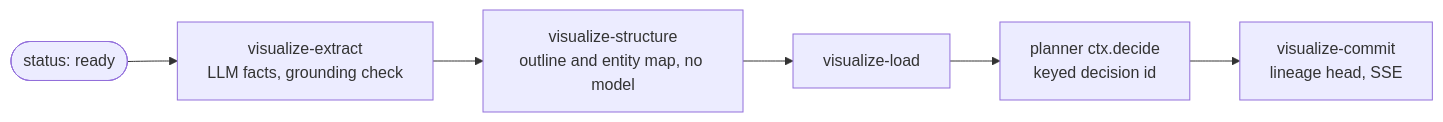
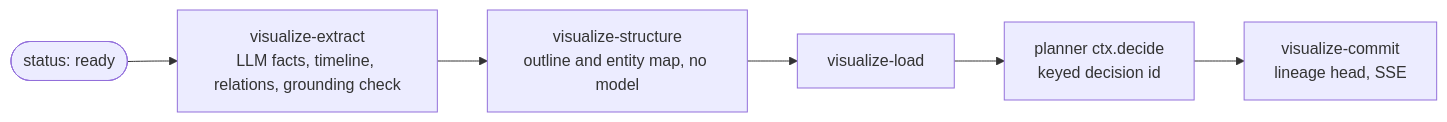
Before and after one commit to chhetrisushil/docmind: the third of 6 diagrams in docs/architecture.md, drawn with Mermaid. The commit also changed other lines of this file and 6 other files, not shown here.

````diff
--- a/docs/architecture.md
+++ b/docs/architecture.md
@@ -174,6 +174,6 @@
 ```mermaid
 flowchart LR
-  ready(["status: ready"]) --> extract["visualize-extract<br/>LLM facts, grounding check"]
+  ready(["status: ready"]) --> extract["visualize-extract<br/>LLM facts, timeline, relations, grounding check"]
   extract --> structure["visualize-structure<br/>outline and entity map, no model"]
   structure --> load["visualize-load"] --> plan["planner ctx.decide<br/>keyed decision id"] --> commit["visualize-commit<br/>lineage head, SSE"]
 ```
````
